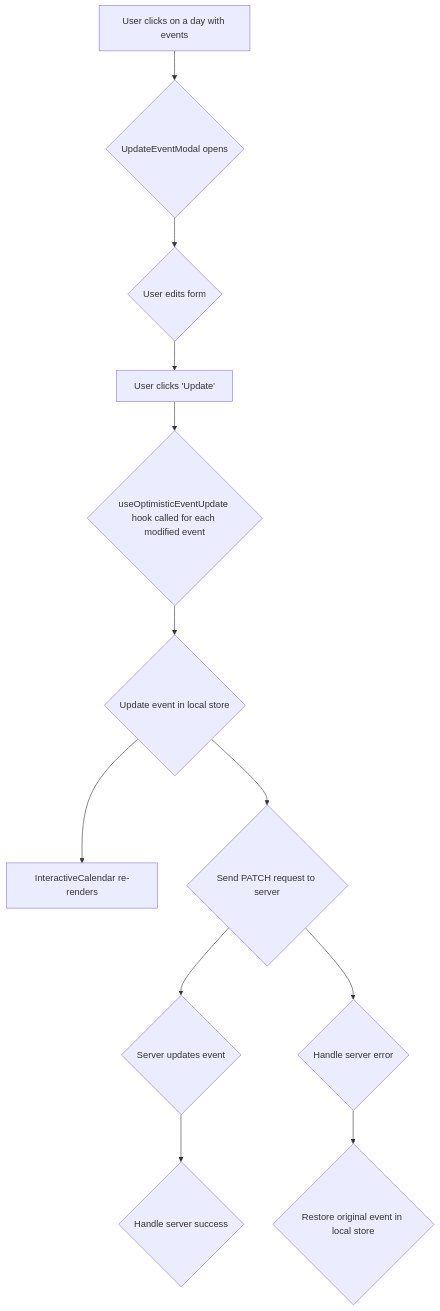
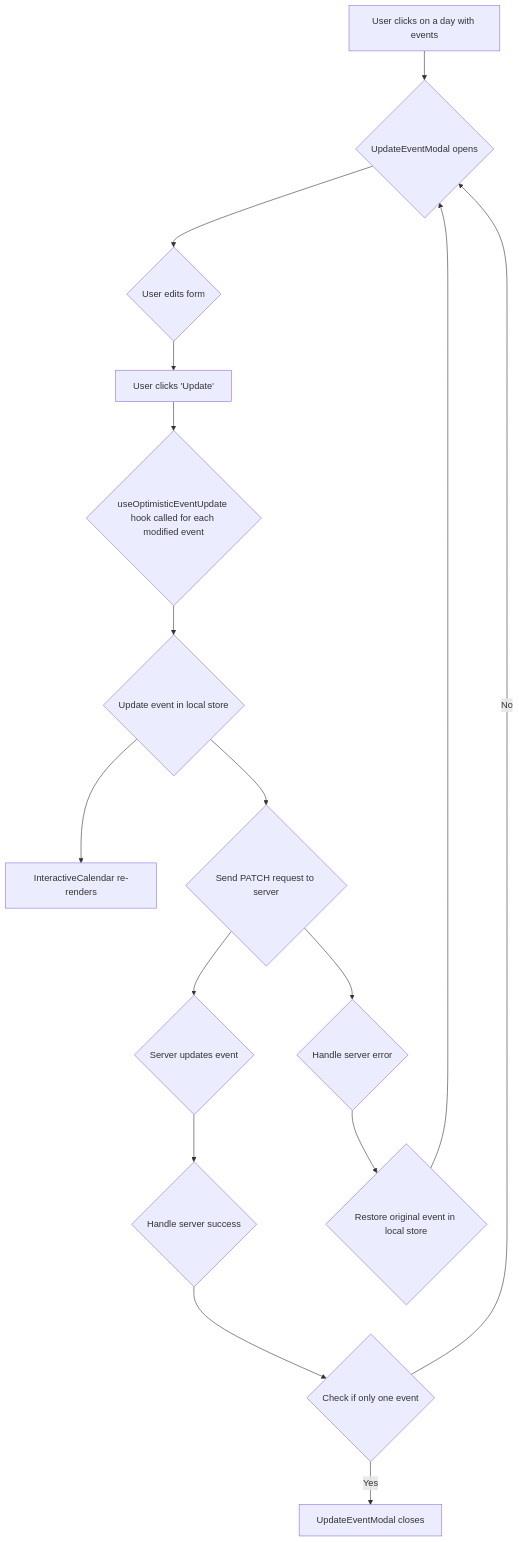
The second of 5 diagrams in README.md (smoothdev35/print-calendar-2025), drawn with Mermaid before and after one commit. The commit also changed other lines of this file and 7 other files, not shown here.

````diff
--- a/README.md
+++ b/README.md
@@ -135,14 +138,18 @@
 ```mermaid
 graph TD
     A[User clicks on a day with events] --> B{UpdateEventModal opens};
     B --> C{User edits form};
     C --> D[User clicks 'Update'];
     D --> E{useOptimisticEventUpdate hook called for each modified event};
     E --> F{Update event in local store};
     F --> G[InteractiveCalendar re-renders];
     F --> H{Send PATCH request to server};
     H --> I{Server updates event};
     I --> J{Handle server success};
-    H --> K{Handle server error};
-    K --> L{Restore original event in local store};
+    J --> K{Check if only one event};
+    K -- Yes --> L[UpdateEventModal closes];
+    K -- No --> B;
+    H --> M{Handle server error};
+    M --> N{Restore original event in local store};
+    N --> B;
 ```
````
